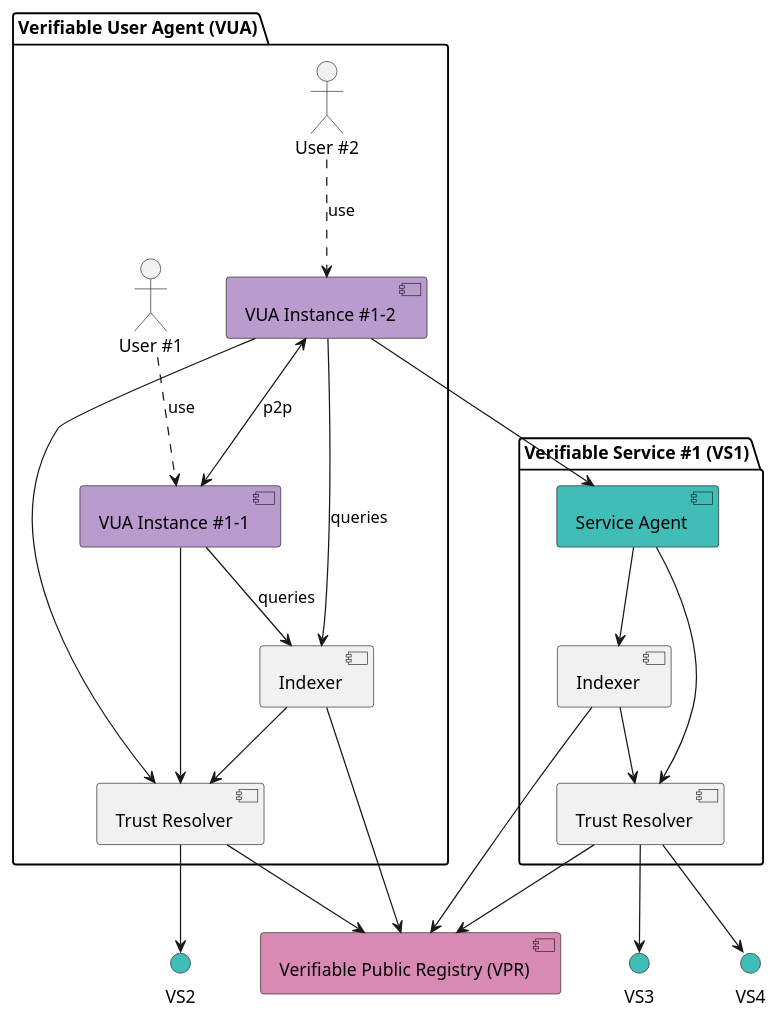
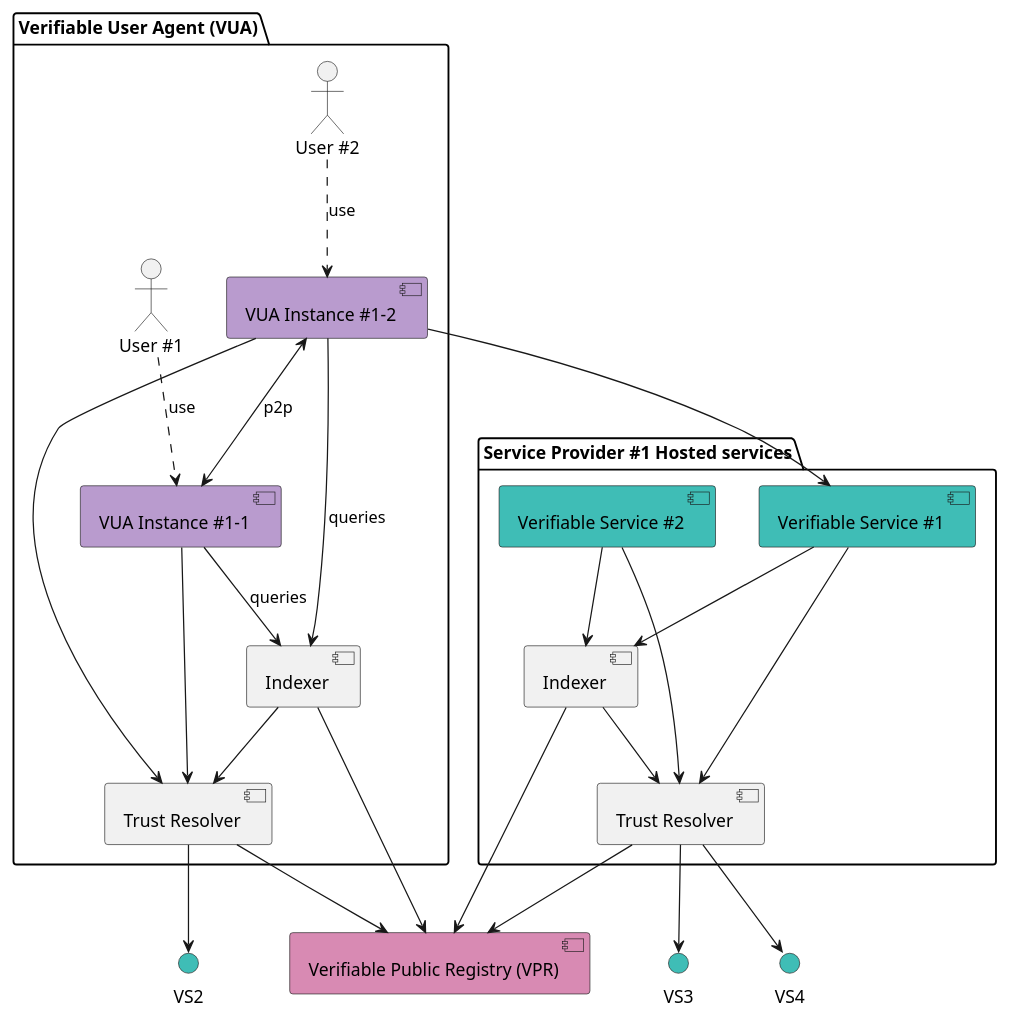
The fourth of 4 diagrams in docs/learn/verifiable-trust/30-components.md (verana-labs/verana-docs), drawn with PlantUML before and after one commit. The commit also changed other lines of this file, not shown here.

````diff
--- a/docs/learn/verifiable-trust/30-components.md
+++ b/docs/learn/verifiable-trust/30-components.md
@@ -101,59 +104,64 @@
 ```plantuml
 @startuml
 
 [Verifiable Public Registry (VPR)] as VPR #D88AB3
 
 
-package "Verifiable Service #1 (VS1)" as VS1  {
-  [Service Agent] as VS1sa #3fbdb6
+package "Service Provider #1 Hosted services" as VSP  {
+  [Verifiable Service #1] as VS1sa #3fbdb6
+  [Verifiable Service #2] as VS2sa #3fbdb6
+  
     [Trust Resolver] as VS1tr
     [Indexer] as VS1idx
     VS1sa --> VS1tr
     VS1sa --> VS1idx
     VS1idx --> VS1tr
+
+    VS2sa --> VS1tr
+    VS2sa --> VS1idx
 }
 
 interface VS2 #3fbdb6
 interface VS3 #3fbdb6
 interface VS4 #3fbdb6
 
 
 package "Verifiable User Agent (VUA)" as App1 {
     actor "User #1" as user1
 actor "User #2" as user2
   [VUA Instance #1-1] as VUA11 #b99bce
   [VUA Instance #1-2] as VUA12 #b99bce
     [Trust Resolver] as VUAtr
     [Indexer] as VUAidx
 
 }
 
 VUAtr --> VS2
 
 VUAtr --> VPR
 VUAidx --> VPR
 
 VUAidx --> VUAtr
 
 VS1tr --> VPR
 VS1tr --> VS3
 VS1tr --> VS4
 
 VS1idx --> VPR
 
 
 VUA12 --> VUAtr
 VUA11 --> VUAtr
 VUA12 --> VUAidx : queries
 VUA11 --> VUAidx : queries
 
 VUA12 <--> VUA11 : p2p
 
 user1 ..> VUA11 : use
 user2 ..> VUA12 : use
 
 VUA12 -->  VS1sa
 
 @enduml
 
 ```
````
